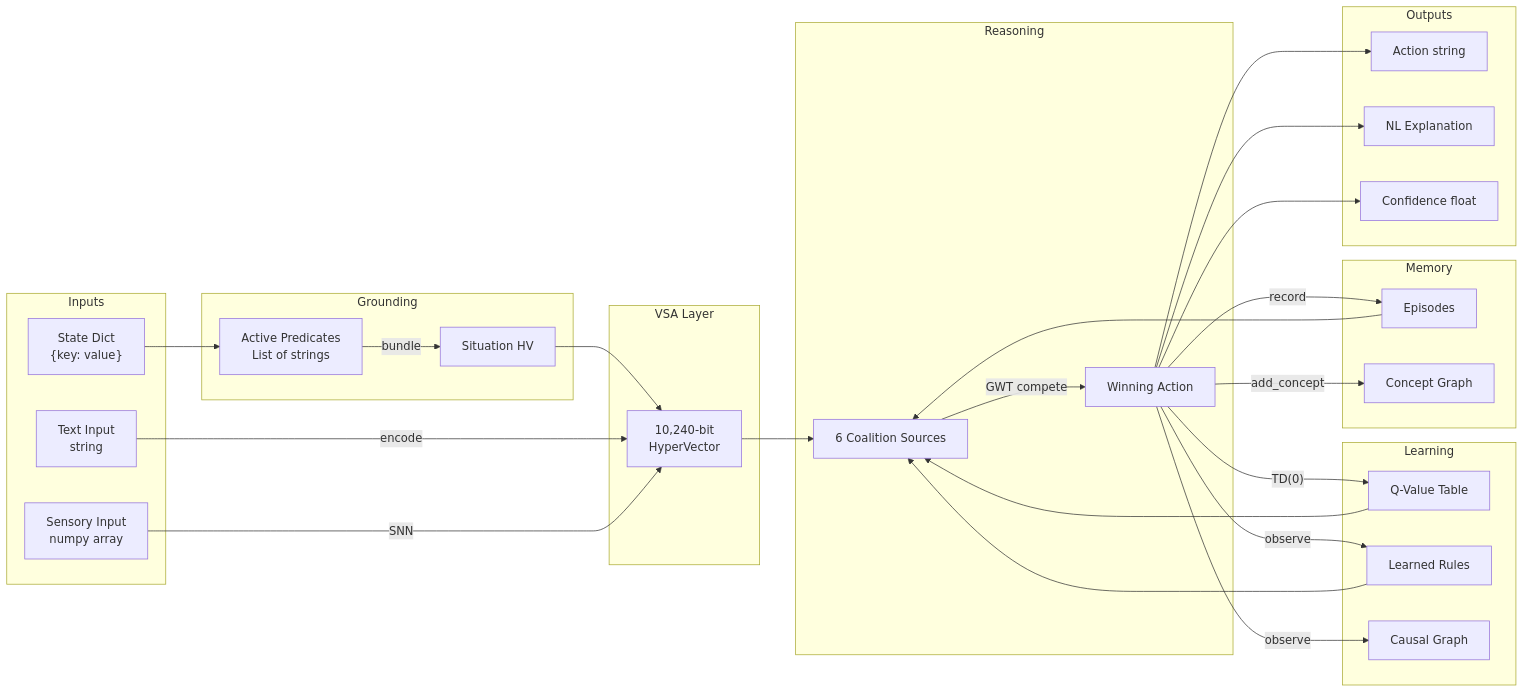
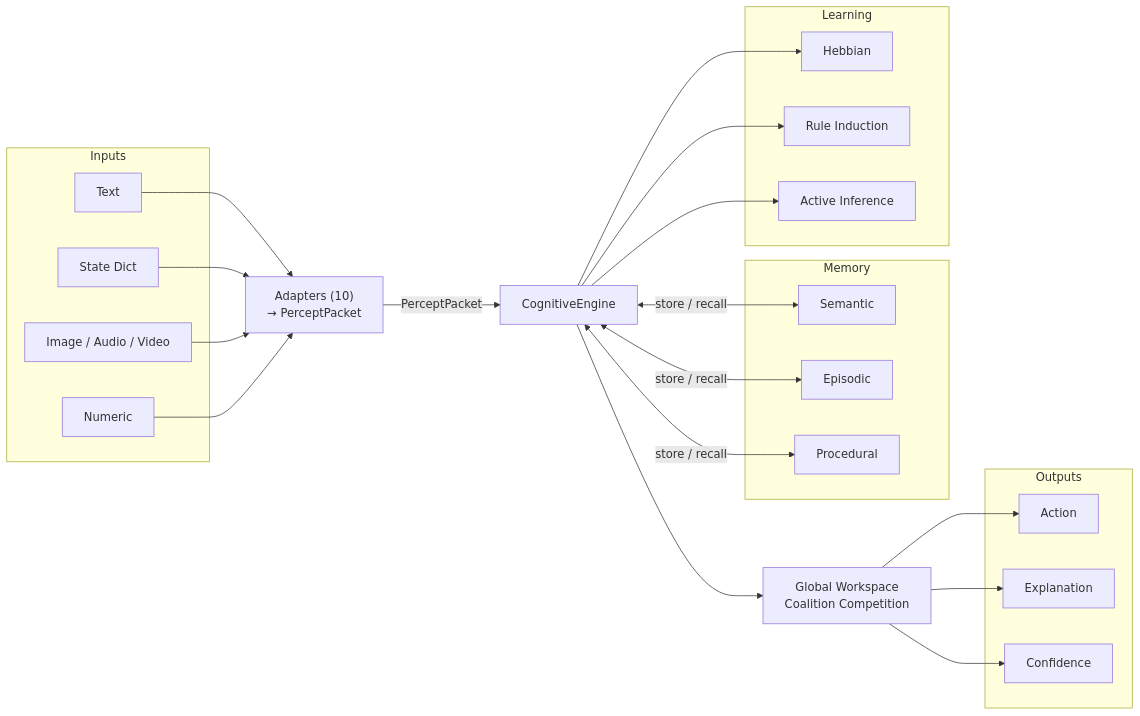
The second of 3 diagrams in nsck/docs/REPOMAP.md (shiva2321/Neuro-Symbolic-Cognitive-Kernel), drawn with Mermaid before and after one commit. The commit also changed other lines of this file, not shown here.

````diff
--- a/nsck/docs/REPOMAP.md
+++ b/nsck/docs/REPOMAP.md
@@ -268,60 +155,38 @@
 ```mermaid
 graph LR
-    subgraph Input["Inputs"]
-        StateDict["State Dict<br/>{key: value}"]
-        TextInput["Text Input<br/>string"]
-        SensoryInput["Sensory Input<br/>numpy array"]
+    subgraph Inputs
+        TEXT["Text"]
+        DICT["State Dict"]
+        IMG["Image / Audio / Video"]
+        NUM["Numeric"]
     end
 
-    subgraph VSA["VSA Layer"]
-        HV["10,240-bit<br/>HyperVector"]
+    ADAPT["Adapters (10)<br/>→ PerceptPacket"]
+    CE["CognitiveEngine"]
+    GWT_B["Global Workspace<br/>Coalition Competition"]
+
+    subgraph MemStore["Memory"]
+        SEM["Semantic"]
+        EPI["Episodic"]
+        PROC["Procedural"]
     end
 
-    subgraph Grounding["Grounding"]
-        Preds["Active Predicates<br/>List of strings"]
-        SitHV["Situation HV"]
+    subgraph LearnSys["Learning"]
+        HEBB["Hebbian"]
+        RULES["Rule Induction"]
+        AINF["Active Inference"]
     end
 
-    subgraph Reasoning["Reasoning"]
-        Coalitions["6 Coalition Sources"]
-        Winner["Winning Action"]
+    subgraph Out["Outputs"]
+        ACT["Action"]
+        EXPL["Explanation"]
+        CONF["Confidence"]
     end
 
-    subgraph Learning["Learning"]
-        QTable["Q-Value Table"]
-        Rules["Learned Rules"]
-        CGraph["Causal Graph"]
-    end
-
-    subgraph Memory["Memory"]
-        Episodes["Episodes"]
-        Concepts["Concept Graph"]
-    end
-
-    subgraph Output["Outputs"]
-        Action["Action string"]
-        Explanation["NL Explanation"]
-        Confidence["Confidence float"]
-    end
-
-    StateDict --> Preds -->|"bundle"| SitHV --> HV
-    TextInput -->|"encode"| HV
-    SensoryInput -->|"SNN"| HV
-
-    HV --> Coalitions
-    QTable --> Coalitions
-    Rules --> Coalitions
-    Episodes --> Coalitions
-    
-    Coalitions -->|"GWT compete"| Winner
-    
-    Winner --> Action
-    Winner --> Explanation
-    Winner --> Confidence
-    
-    Winner -->|"TD(0)"| QTable
-    Winner -->|"observe"| Rules
-    Winner -->|"observe"| CGraph
-    Winner -->|"record"| Episodes
-    Winner -->|"add_concept"| Concepts
+    TEXT & DICT & IMG & NUM --> ADAPT
+    ADAPT -->|"PerceptPacket"| CE
+    CE --> GWT_B
+    CE <-->|"store / recall"| SEM & EPI & PROC
+    CE --> HEBB & RULES & AINF
+    GWT_B --> ACT & EXPL & CONF
 ```
````
